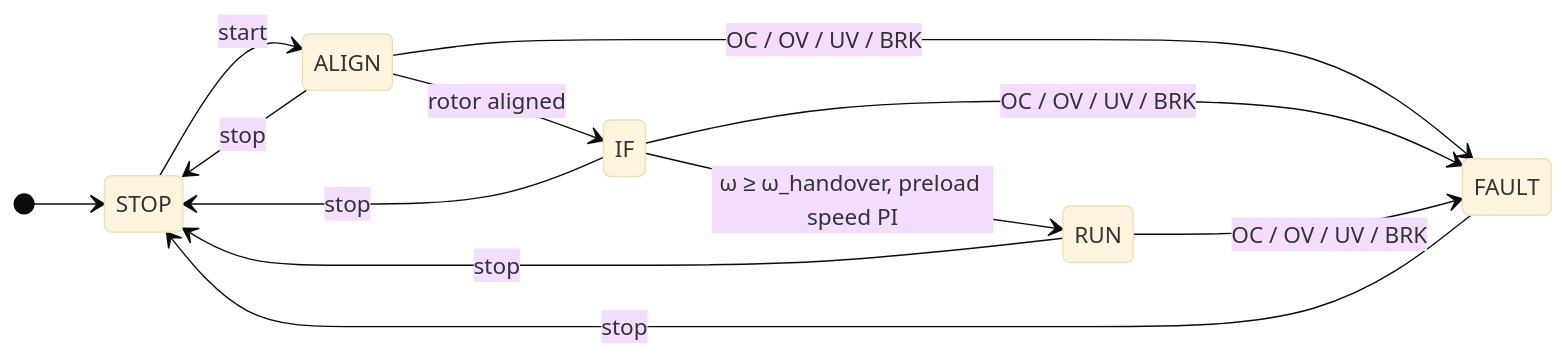
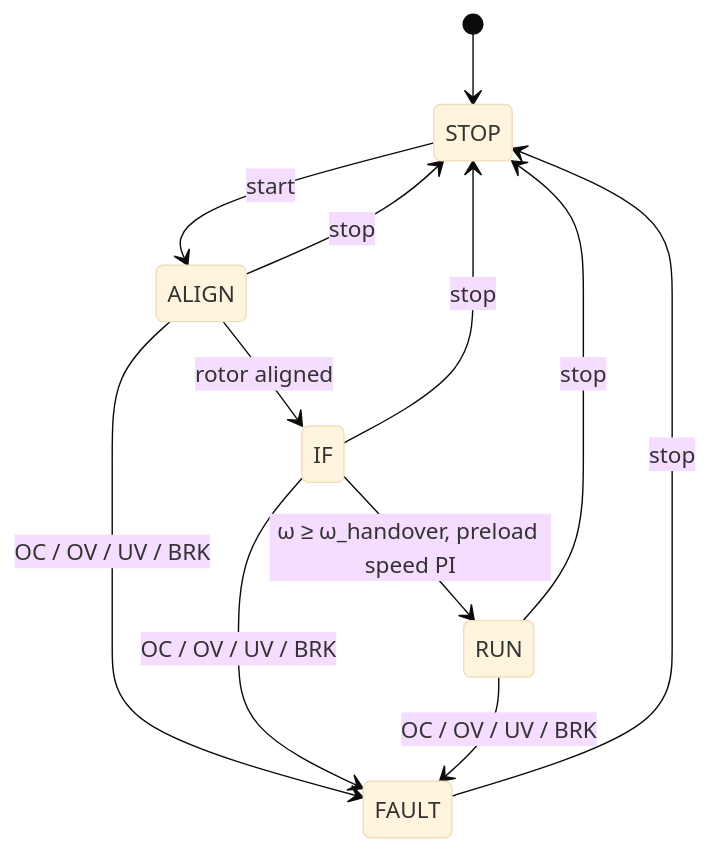
One commit to tsrapnik/spin changed the first of 2 diagrams in README.md. Above: the diagram before and after it, drawn with Mermaid (base theme). The commit also changed other lines of this file and 2 other files, not shown here.

First line of the commit message:
Docs: signal flow as SVG, startup diagram top-down

````diff
--- a/README.md
+++ b/README.md
@@ -51,15 +28,15 @@
 ```mermaid
 stateDiagram-v2
-  direction LR
+  direction TB
   [*] --> STOP
   STOP --> ALIGN: start
   ALIGN --> IF: rotor aligned
   IF --> RUN: ω ≥ ω_handover, preload speed PI
   ALIGN --> STOP: stop
   IF --> STOP: stop
   RUN --> STOP: stop
   ALIGN --> FAULT: OC / OV / UV / BRK
   IF --> FAULT: OC / OV / UV / BRK
   RUN --> FAULT: OC / OV / UV / BRK
   FAULT --> STOP: stop
 ```
````
